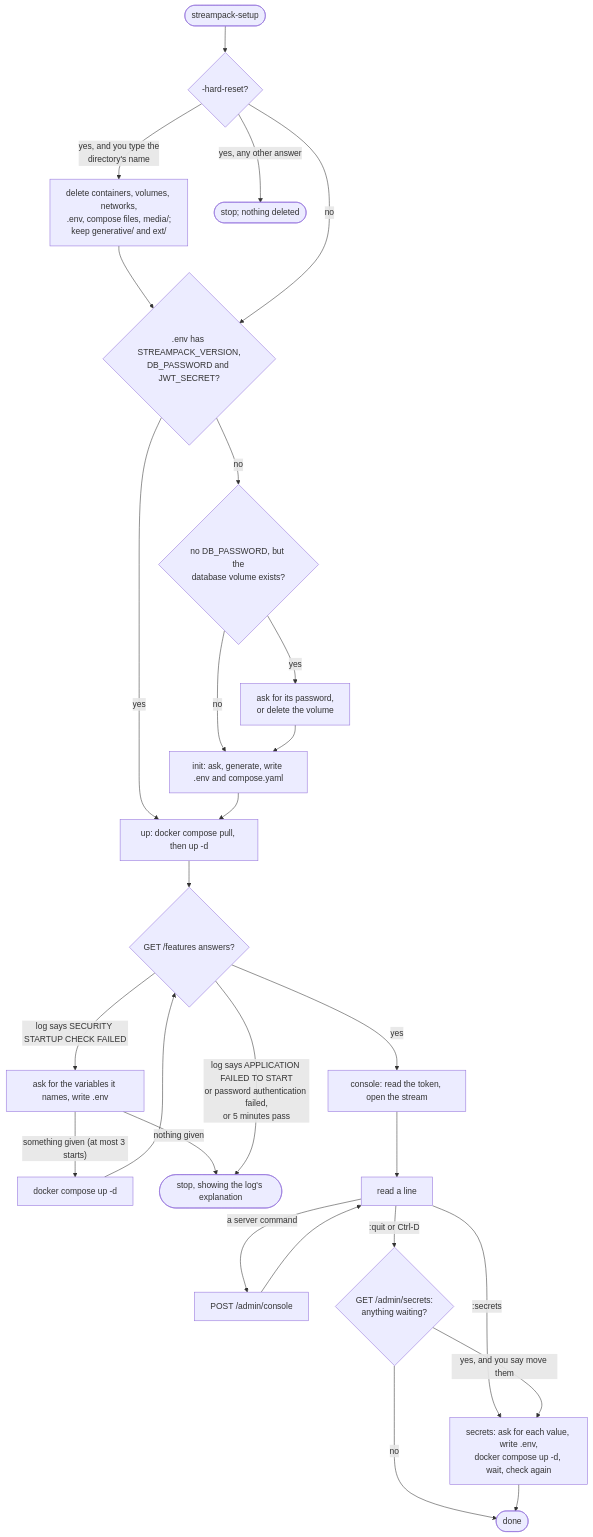
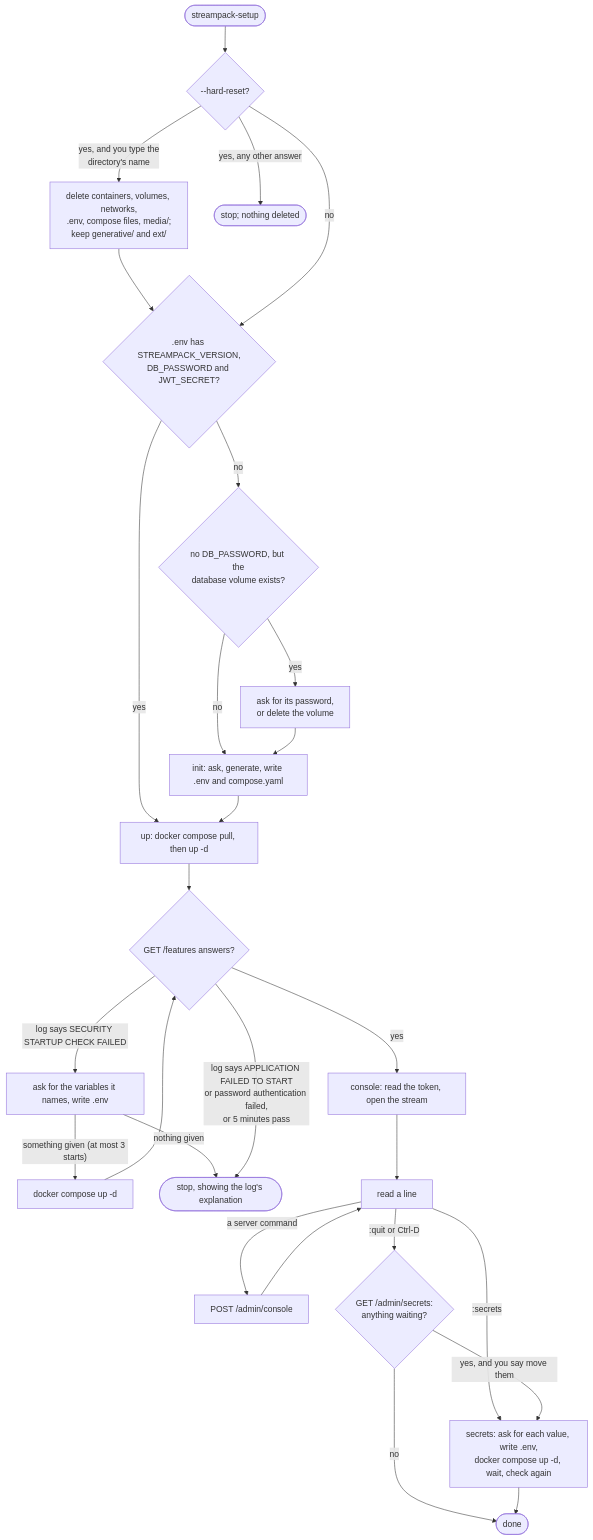
The diagram in docs/explanation/execution-flow.md (streampack-dev/setup), drawn with Mermaid before and after one commit. The commit also changed other lines of this file and 10 other files, not shown here.

````diff
--- a/docs/explanation/execution-flow.md
+++ b/docs/explanation/execution-flow.md
@@ -7,25 +7,25 @@
 ```mermaid
 flowchart TD
-    start([streampack-setup]) --> reset{"-hard-reset?"}
+    start([streampack-setup]) --> reset{"--hard-reset?"}
     reset -- "yes, and you type the<br>directory's name" --> wipe[delete containers, volumes, networks,<br>.env, compose files, media/;<br>keep generative/ and ext/] --> configured
     reset -- "yes, any other answer" --> stopped([stop; nothing deleted])
     reset -- no --> configured{".env has STREAMPACK_VERSION,<br>DB_PASSWORD and JWT_SECRET?"}
     configured -- no --> volume{"no DB_PASSWORD, but the<br>database volume exists?"}
     volume -- "no" --> init[init: ask, generate, write .env and compose.yaml]
     volume -- "yes" --> old["ask for its password,<br>or delete the volume"] --> init
     configured -- yes --> up
     init --> up[up: docker compose pull, then up -d]
     up --> wait{"GET /features answers?"}
     wait -- "yes" --> console[console: read the token, open the stream]
     wait -- "log says SECURITY STARTUP CHECK FAILED" --> ask[ask for the variables it names, write .env]
     ask -- "something given (at most 3 starts)" --> up2[docker compose up -d] --> wait
     ask -- "nothing given" --> stop([stop, showing the log's explanation])
     wait -- "log says APPLICATION FAILED TO START<br>or password authentication failed,<br>or 5 minutes pass" --> stop
     console --> loop[read a line]
     loop -- "a server command" --> submit[POST /admin/console] --> loop
     loop -- ":secrets" --> move
     loop -- ":quit or Ctrl-D" --> left{"GET /admin/secrets:<br>anything waiting?"}
     left -- no --> done([done])
     left -- "yes, and you say move them" --> move[secrets: ask for each value, write .env,<br>docker compose up -d, wait, check again]
     move --> done
 ```
````
